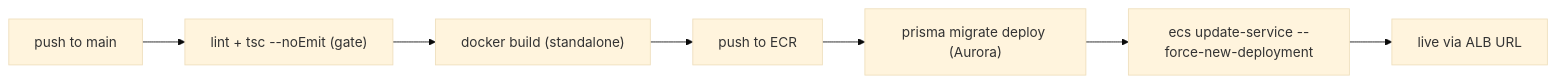
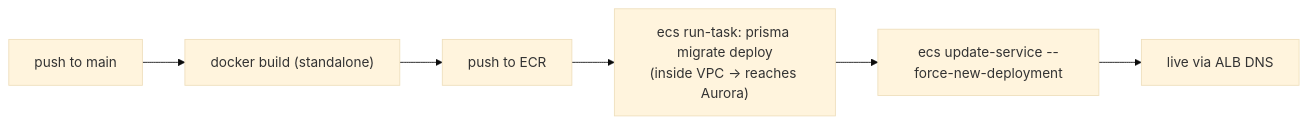
Before and after one commit to Haise-727/LienRho: the second of 2 diagrams in docs/aws-architecture.md, drawn with Mermaid (base theme). The commit also changed other lines of this file and 15 other files, not shown here.

First line of the commit message:
infra: add AWS ECS Fargate + Aurora + ElastiCache OpenTofu IaC (#34)

````diff
--- a/docs/aws-architecture.md
+++ b/docs/aws-architecture.md
@@ -51,9 +55,8 @@
 ```mermaid
 flowchart LR
-    A["push to main"] --> B["lint + tsc --noEmit (gate)"]
-    B --> C["docker build (standalone)"]
-    C --> D["push to ECR"]
-    D --> E["prisma migrate deploy (Aurora)"]
-    E --> F["ecs update-service --force-new-deployment"]
-    F --> G["live via ALB URL"]
+    A["push to main"] --> B["docker build (standalone)"]
+    B --> C["push to ECR"]
+    C --> D["ecs run-task: prisma migrate deploy\n(inside VPC → reaches Aurora)"]
+    D --> E["ecs update-service --force-new-deployment"]
+    E --> F["live via ALB DNS"]
 ```
````
